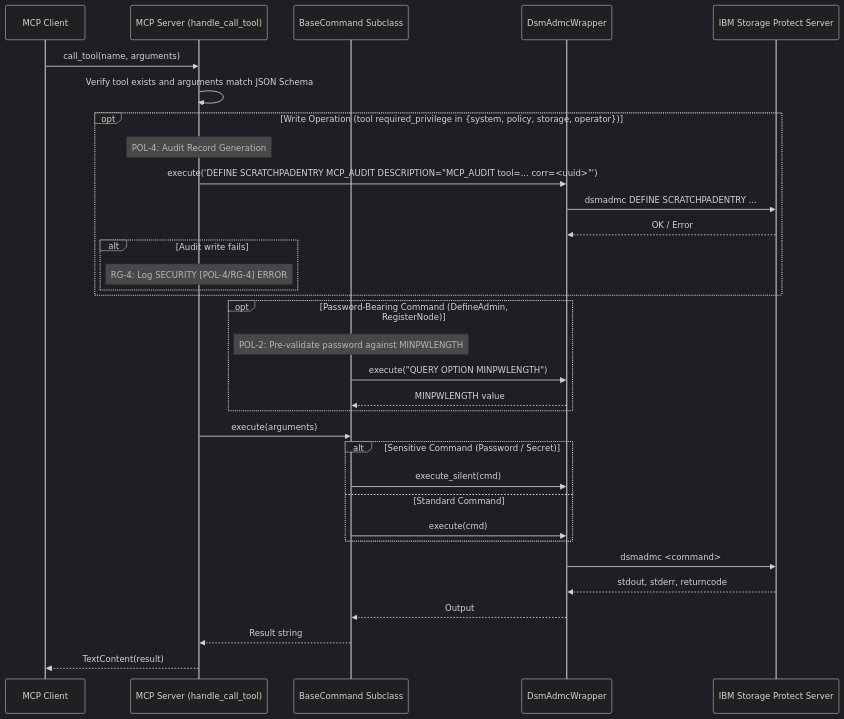
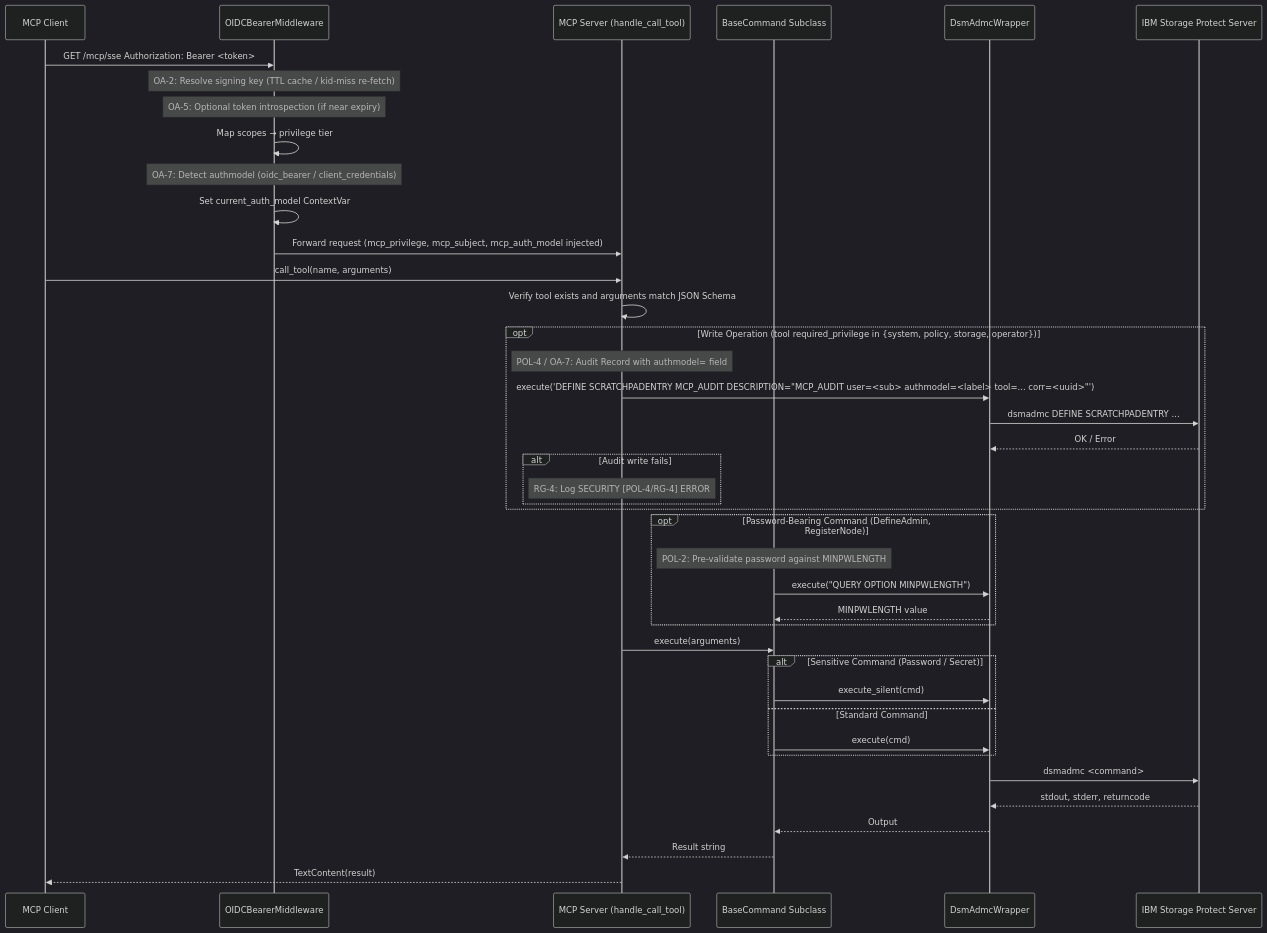
Before and after one commit to IBM/storage-protect-mcp-server: the third of 6 diagrams in docs/architecture/architecture.md, drawn with Mermaid (dark theme). The commit also changed other lines of this file and 35 other files, not shown here.

First line of the commit message:
Add support for OAuth 2 & OIDC bearer authentication

````diff
--- a/docs/architecture/architecture.md
+++ b/docs/architecture/architecture.md
@@ -164,39 +196,48 @@
 ```mermaid
 sequenceDiagram
     participant Client as MCP Client
+    participant MW as OIDCBearerMiddleware
     participant Server as MCP Server (handle_call_tool)
     participant BaseCmd as BaseCommand Subclass
     participant Wrapper as DsmAdmcWrapper
     participant SP as IBM Storage Protect Server
 
+    Client->>MW: GET /mcp/sse  Authorization: Bearer <token>
+    note over MW: OA-2: Resolve signing key (TTL cache / kid-miss re-fetch)
+    note over MW: OA-5: Optional token introspection (if near expiry)
+    MW->>MW: Map scopes → privilege tier
+    note over MW: OA-7: Detect authmodel (oidc_bearer / client_credentials)
+    MW->>MW: Set current_auth_model ContextVar
+    MW->>Server: Forward request (mcp_privilege, mcp_subject, mcp_auth_model injected)
+
     Client->>Server: call_tool(name, arguments)
     Server->>Server: Verify tool exists and arguments match JSON Schema
 
     opt Write Operation (tool required_privilege in {system, policy, storage, operator})
-        note over Server: POL-4: Audit Record Generation
-        Server->>Wrapper: execute('DEFINE SCRATCHPADENTRY MCP_AUDIT DESCRIPTION="MCP_AUDIT tool=... corr=<uuid>"')
+        note over Server: POL-4 / OA-7: Audit Record with authmodel= field
+        Server->>Wrapper: execute('DEFINE SCRATCHPADENTRY MCP_AUDIT DESCRIPTION="MCP_AUDIT user=<sub> authmodel=<label> tool=... corr=<uuid>"')
         Wrapper->>SP: dsmadmc DEFINE SCRATCHPADENTRY ...
         SP-->>Wrapper: OK / Error
         alt Audit write fails
             note over Server: RG-4: Log SECURITY [POL-4/RG-4] ERROR
         end
     end
 
     opt Password-Bearing Command (DefineAdmin, RegisterNode)
         note over BaseCmd: POL-2: Pre-validate password against MINPWLENGTH
         BaseCmd->>Wrapper: execute("QUERY OPTION MINPWLENGTH")
         Wrapper-->>BaseCmd: MINPWLENGTH value
     end
 
     Server->>BaseCmd: execute(arguments)
     alt Sensitive Command (Password / Secret)
         BaseCmd->>Wrapper: execute_silent(cmd)
     else Standard Command
         BaseCmd->>Wrapper: execute(cmd)
     end
     Wrapper->>SP: dsmadmc <command>
     SP-->>Wrapper: stdout, stderr, returncode
     Wrapper-->>BaseCmd: Output
     BaseCmd-->>Server: Result string
     Server-->>Client: TextContent(result)
 ```
````
